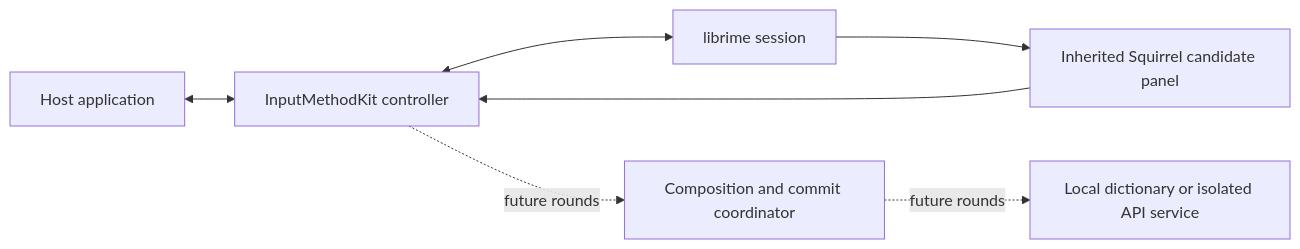
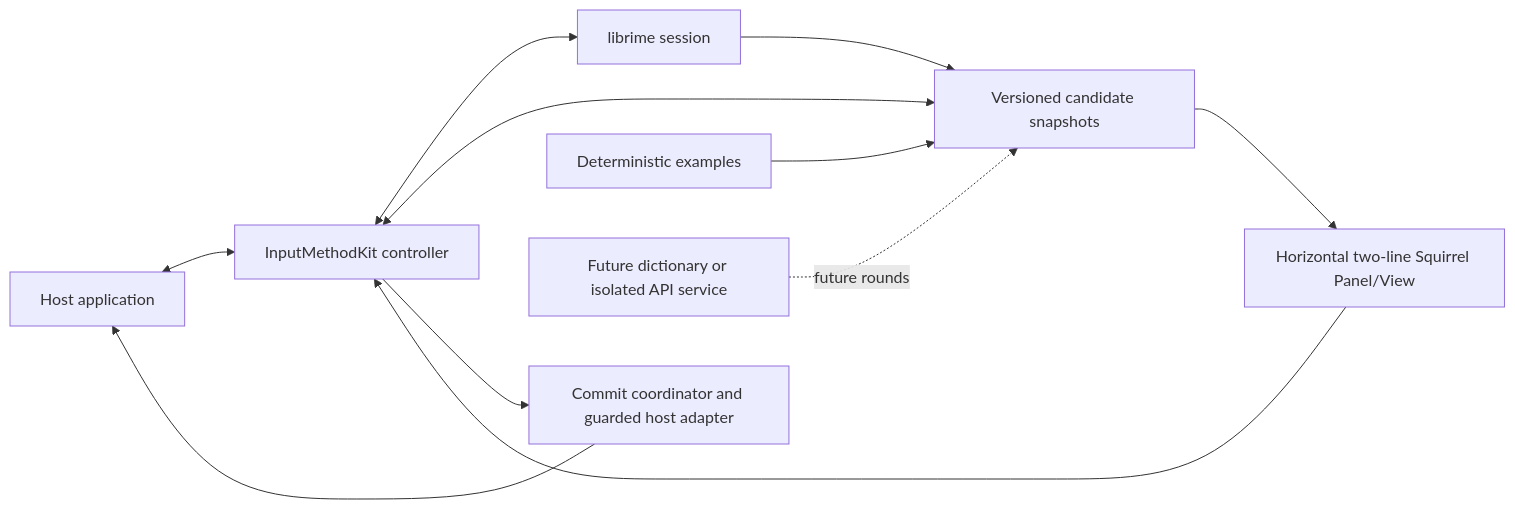
The diagram in README.md (zhenkun26/LiangYi-EcholME), drawn with Mermaid before and after one commit. The commit also changed other lines of this file and 33 other files, not shown here.

````diff
--- a/README.md
+++ b/README.md
@@ -19,9 +20,13 @@
 ```mermaid
 flowchart LR
     Host[Host application] <--> IMK[InputMethodKit controller]
     IMK <--> Rime[librime session]
-    Rime --> Panel[Inherited Squirrel candidate panel]
+    Rime --> State[Versioned candidate snapshots]
+    IMK <--> State
+    State --> Panel[Horizontal two-line Squirrel Panel/View]
     Panel --> IMK
-    IMK -. future rounds .-> Coordinator[Composition and commit coordinator]
-    Coordinator -. future rounds .-> Translation[Local dictionary or isolated API service]
+    IMK --> Coordinator[Commit coordinator and guarded host adapter]
+    Coordinator --> Host
+    Examples[Deterministic examples] --> State
+    Translation[Future dictionary or isolated API service] -. future rounds .-> State
 ```
````
